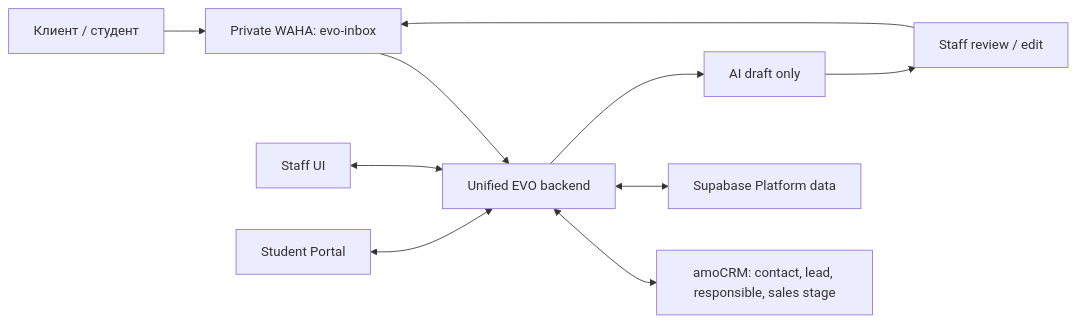
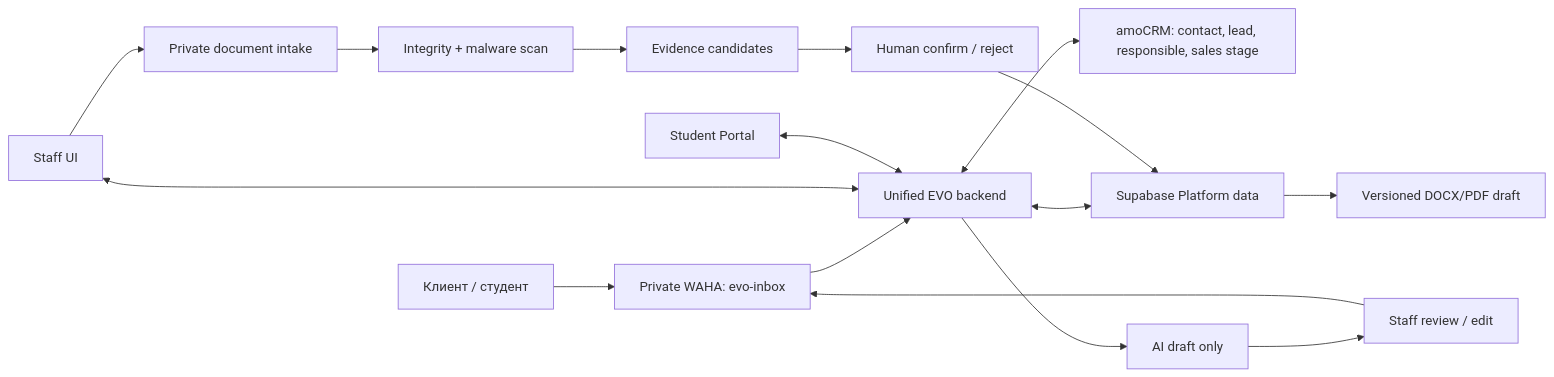
The diagram in docs/platform/system-overview.md (izzhackt/evo_AI_CRM), drawn with Mermaid before and after one commit. The commit also changed other lines of this file and 11 other files, not shown here.

````diff
--- a/docs/platform/system-overview.md
+++ b/docs/platform/system-overview.md
@@ -57,12 +57,18 @@
 ```mermaid
 flowchart LR
   Customer["Клиент / студент"] --> Waha["Private WAHA: evo-inbox"]
   Waha --> Platform["Unified EVO backend"]
   Platform <--> Amo["amoCRM: contact, lead, responsible, sales stage"]
   Platform <--> Data["Supabase Platform data"]
   Staff["Staff UI"] <--> Platform
   Portal["Student Portal"] <--> Platform
+  Staff --> Intake["Private document intake"]
+  Intake --> Scan["Integrity + malware scan"]
+  Scan --> Extract["Evidence candidates"]
+  Extract --> Confirm["Human confirm / reject"]
+  Confirm --> Data
+  Data --> Export["Versioned DOCX/PDF draft"]
   Platform --> Draft["AI draft only"]
   Draft --> Review["Staff review / edit"]
   Review --> Waha
 ```
````
